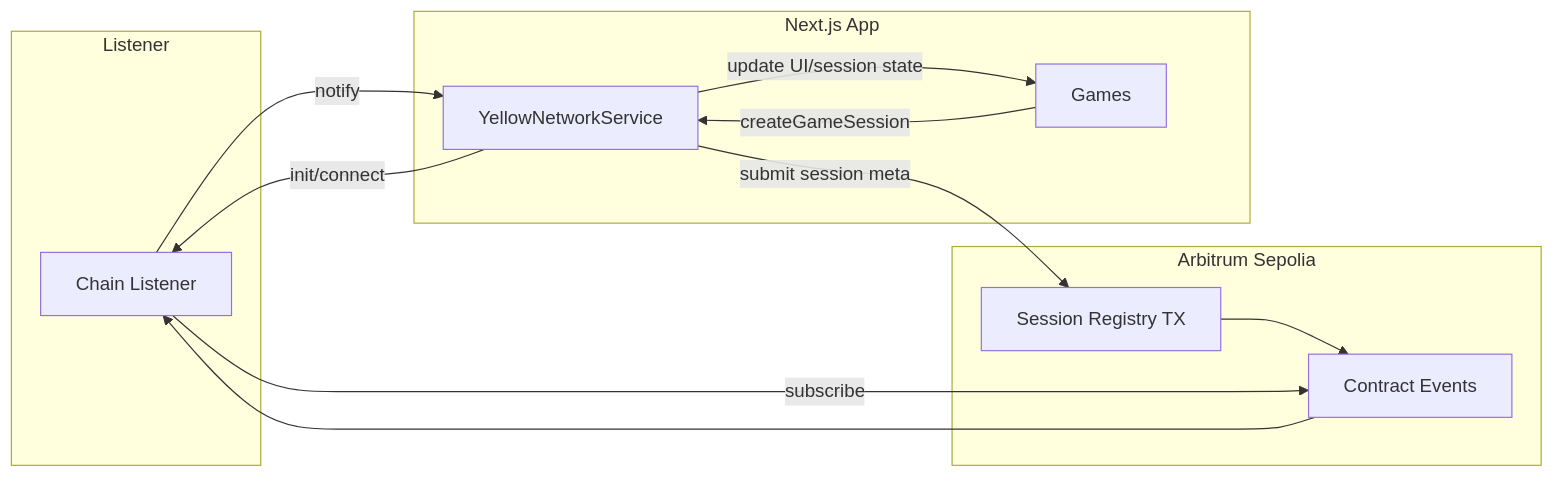
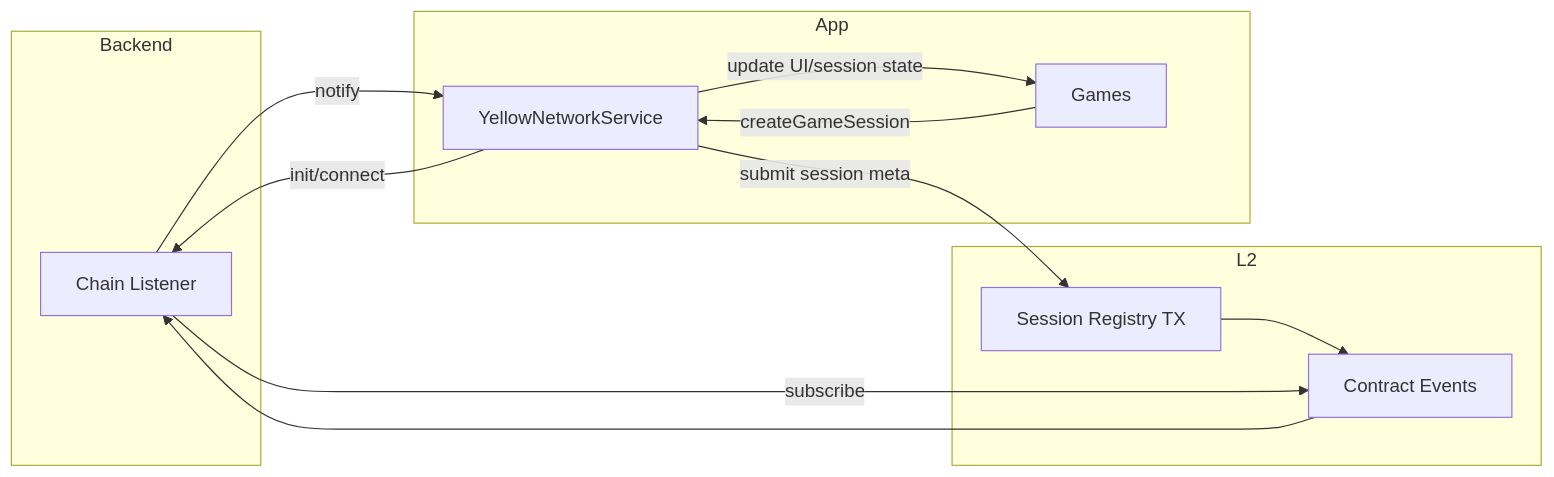
Before and after one commit to AmaanSayyad/APT-Casino-Yellow: diagram 11 of 12 in MERMAID_DIAGRAMS.md, drawn with Mermaid. The commit also changed other lines of this file, not shown here.

````diff
--- a/MERMAID_DIAGRAMS.md
+++ b/MERMAID_DIAGRAMS.md
@@ -235,23 +235,23 @@
 ```mermaid
 flowchart LR
-  subgraph Backend[Listener]
+  subgraph Backend
     L[Chain Listener]
   end
-  subgraph L2[Arbitrum Sepolia]
+  subgraph L2
     SessTx[Session Registry TX]
     Events[Contract Events]
   end
-  subgraph App[Next.js App]
+  subgraph App
     Svc[YellowNetworkService]
     UI[Games]
   end
 
   Svc -->|init/connect| L
   UI -->|createGameSession| Svc
   Svc -->|submit session meta| SessTx
   SessTx --> Events
   L -->|subscribe| Events
   Events --> L
   L -->|notify| Svc
   Svc -->|update UI/session state| UI
 ```
````
